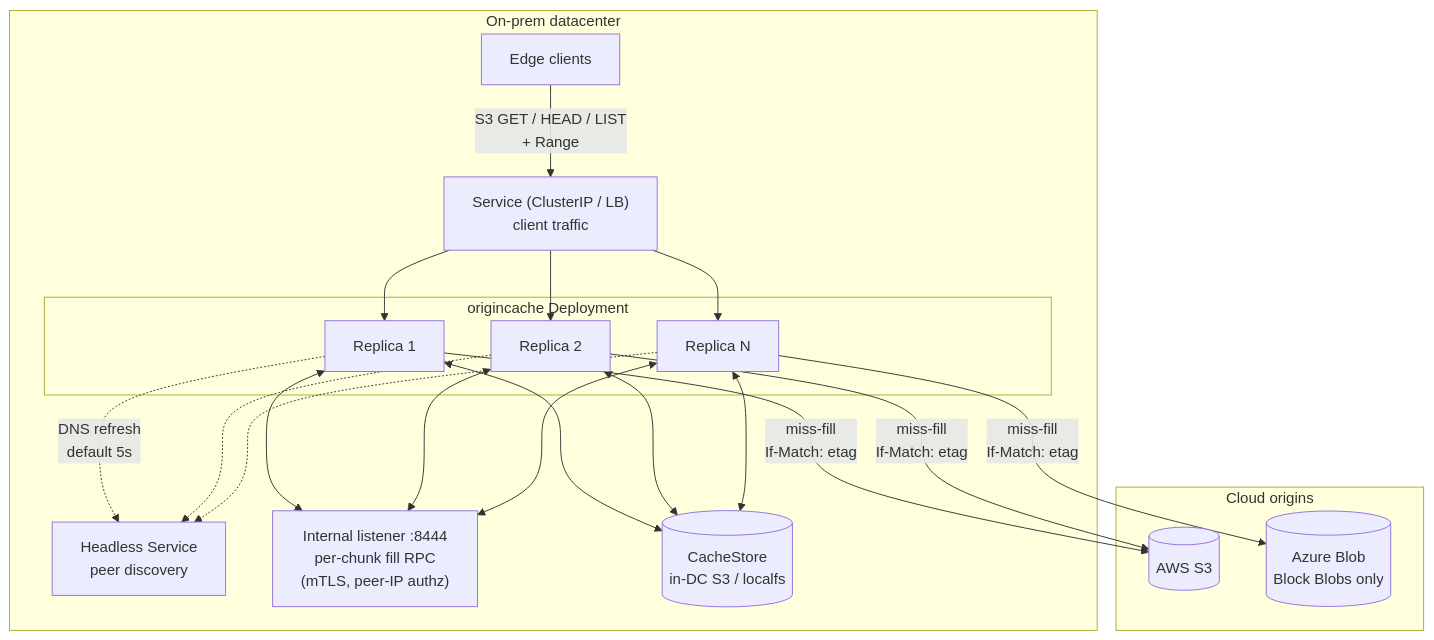
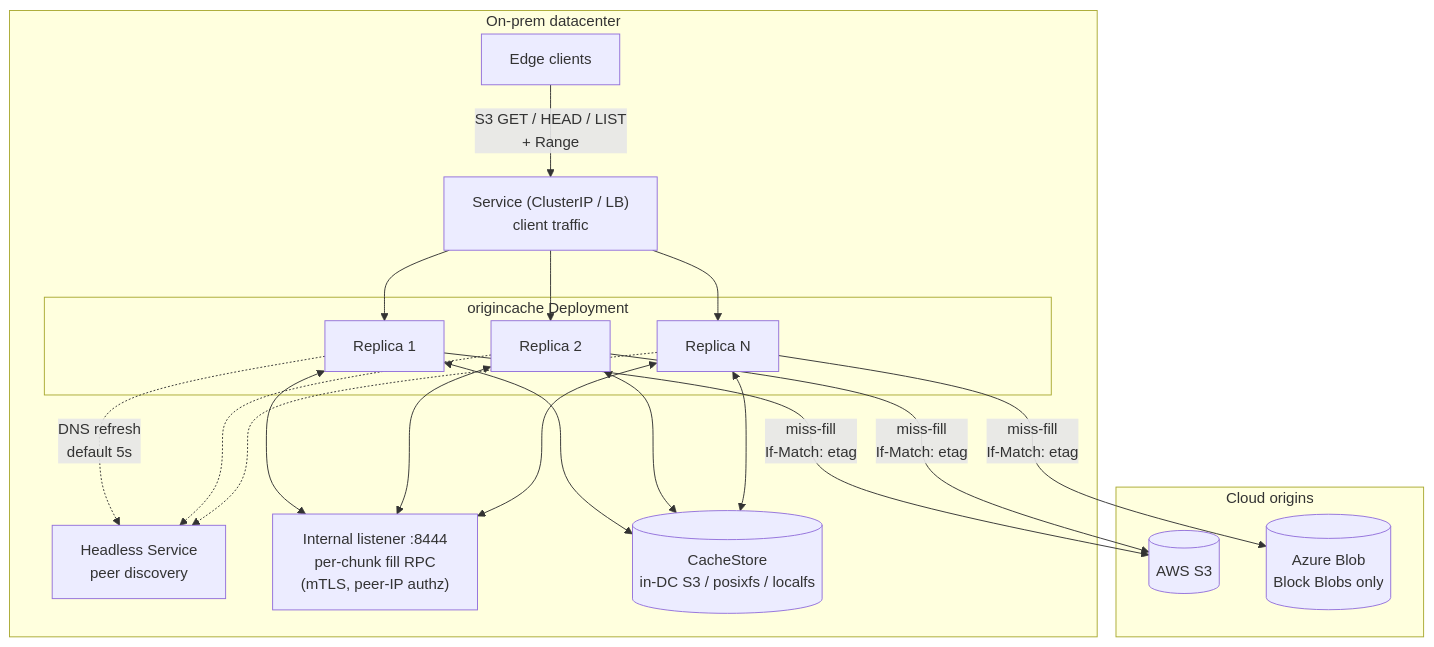
One commit to Azure/unbounded changed the first of 11 diagrams in designdocs/origincache/design.md. Above: the diagram before and after it, drawn with Mermaid. The commit also changed other lines of this file and 1 other file, not shown here.

````diff
--- a/designdocs/origincache/design.md
+++ b/designdocs/origincache/design.md
@@ -173,35 +177,35 @@
 ```mermaid
 graph TB
     subgraph DC["On-prem datacenter"]
         Clients["Edge clients"]
         Service["Service (ClusterIP / LB)<br/>client traffic"]
         subgraph Replicas["origincache Deployment"]
             R1["Replica 1"]
             R2["Replica 2"]
             R3["Replica N"]
         end
         Headless["Headless Service<br/>peer discovery"]
         Internal["Internal listener :8444<br/>per-chunk fill RPC<br/>(mTLS, peer-IP authz)"]
-        CS[("CacheStore<br/>in-DC S3 / localfs")]
+        CS[("CacheStore<br/>in-DC S3 / posixfs / localfs")]
     end
     subgraph Cloud["Cloud origins"]
         S3[("AWS S3")]
         Azure[("Azure Blob<br/>Block Blobs only")]
     end
     Clients -- "S3 GET / HEAD / LIST<br/>+ Range" --> Service
     Service --> R1
     Service --> R2
     Service --> R3
     R1 -. "DNS refresh<br/>default 5s" .-> Headless
     R2 -.-> Headless
     R3 -.-> Headless
     R1 <--> Internal
     R2 <--> Internal
     R3 <--> Internal
     R1 <--> CS
     R2 <--> CS
     R3 <--> CS
     R1 -- "miss-fill<br/>If-Match: etag" --> S3
     R2 -- "miss-fill<br/>If-Match: etag" --> S3
     R3 -- "miss-fill<br/>If-Match: etag" --> Azure
 ```
````
